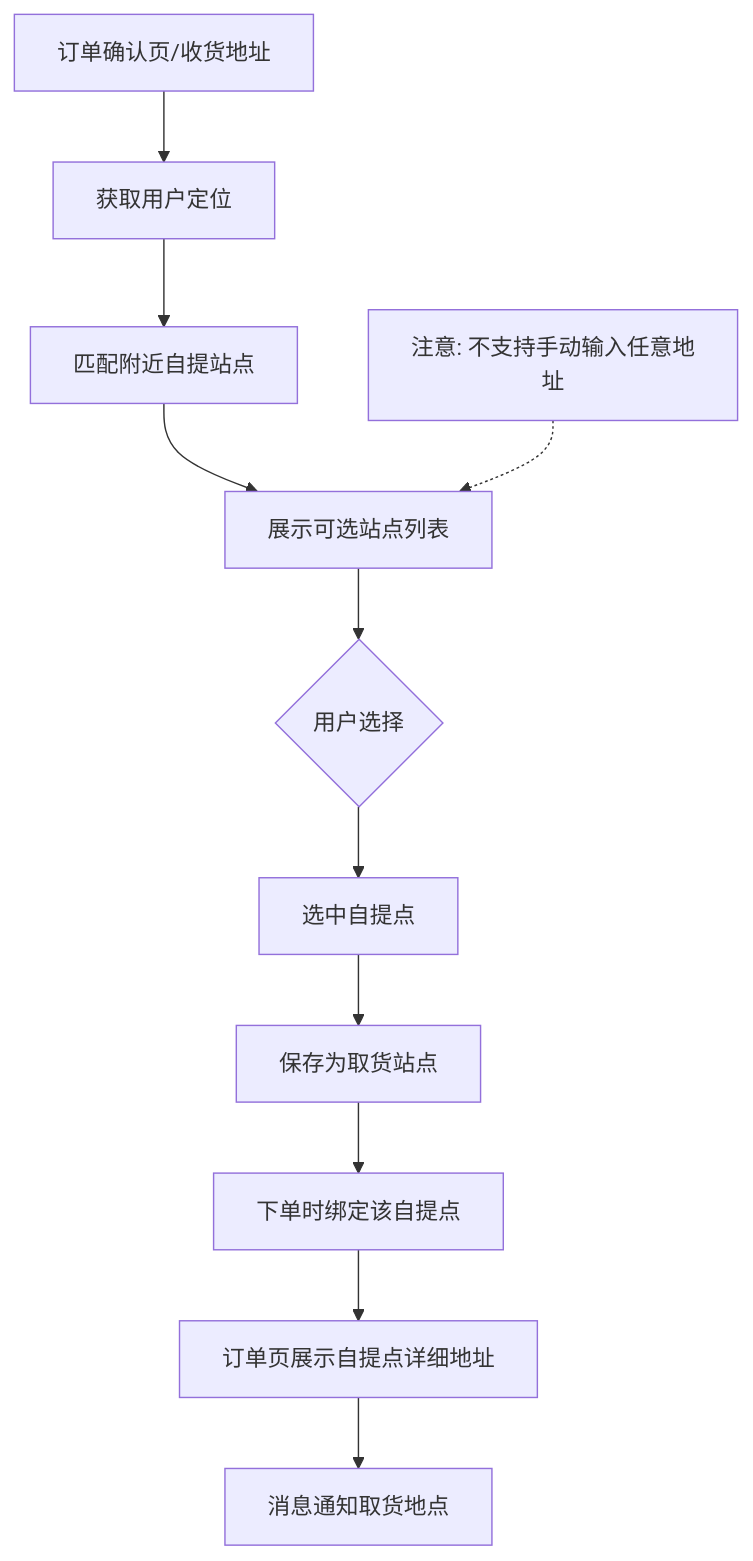
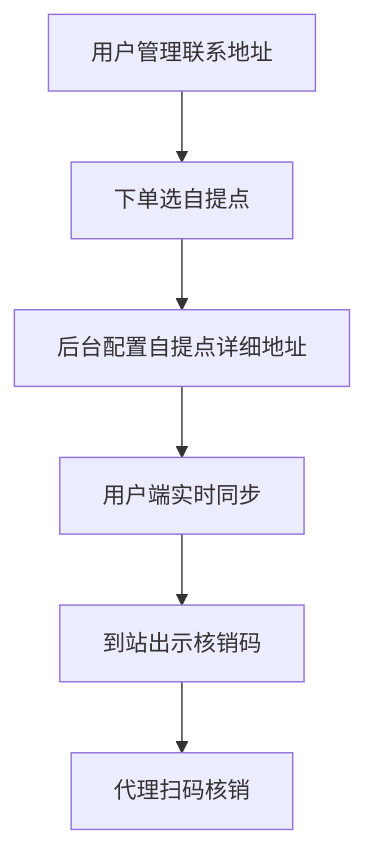
The sixth of 16 diagrams in 流程原型.md (langrenyoyo/tgg_shop), drawn with Mermaid before and after one commit. The commit also changed other lines of this file and 26 other files, not shown here.

````diff
--- a/流程原型.md
+++ b/流程原型.md
@@ -221,15 +234,8 @@
 ```mermaid
 flowchart TD
-    A[订单确认页/收货地址] --> B[获取用户定位]
-    B --> C[匹配附近自提站点]
-    C --> D[展示可选站点列表]
-    D --> E{用户选择}
-    E --> F[选中自提点]
-    F --> G[保存为取货站点]
-
-    H[注意: 不支持手动输入任意地址] -.-> D
-
-    G --> I[下单时绑定该自提点]
-    I --> J[订单页展示自提点详细地址]
-    J --> K[消息通知取货地点]
+    A[用户管理联系地址] --> B[下单选自提点]
+    B --> C[后台配置自提点详细地址]
+    C --> D[用户端实时同步]
+    D --> E[到站出示核销码]
+    E --> F[代理扫码核销]
 ```
````
